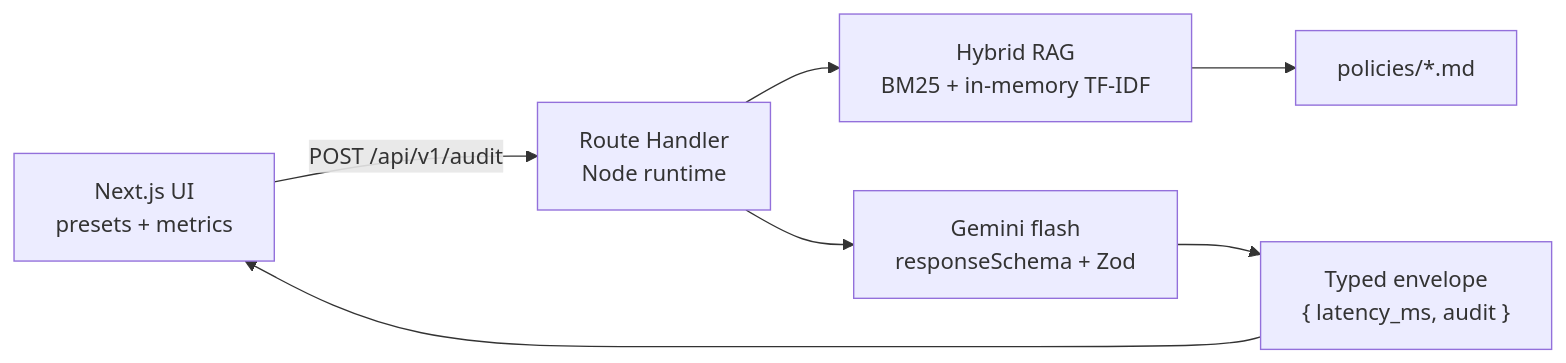
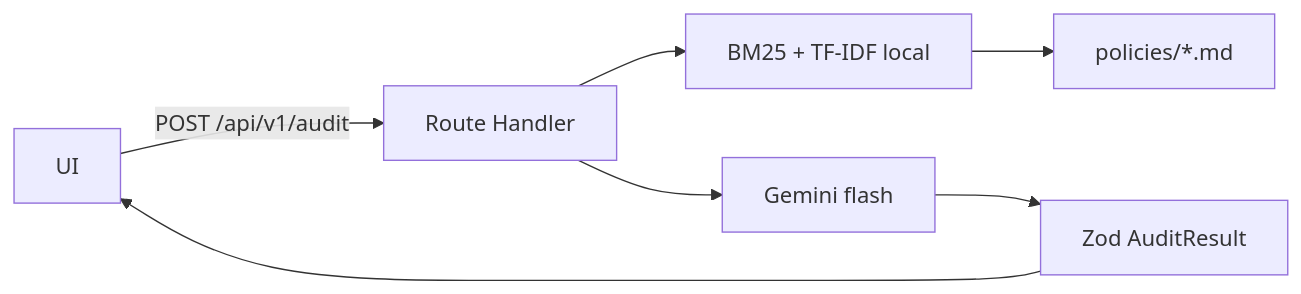
One commit to Caiolinooo/cloudsec-finops-auditor changed the diagram in README.md. Above: the diagram before and after it, drawn with Mermaid. The commit also changed other lines of this file and 32 other files, not shown here.

````diff
--- a/README.md
+++ b/README.md
@@ -11,9 +13,9 @@
 ```mermaid
 flowchart LR
-  UI["Next.js UI<br/>presets + metrics"] -->|"POST /api/v1/audit"| API["Route Handler<br/>Node runtime"]
-  API --> RAG["Hybrid RAG<br/>BM25 + in-memory TF-IDF"]
-  RAG --> MD["policies/*.md"]
-  API --> GEM["Gemini flash<br/>responseSchema + Zod"]
-  GEM --> ENV["Typed envelope<br/>{ latency_ms, audit }"]
-  ENV --> UI
+  UI[UI] -->|POST /api/v1/audit| API[Route Handler]
+  API --> RAG[BM25 + TF-IDF local]
+  RAG --> MD[policies/*.md]
+  API --> G[Gemini flash]
+  G --> Z[Zod AuditResult]
+  Z --> UI
 ```
````
